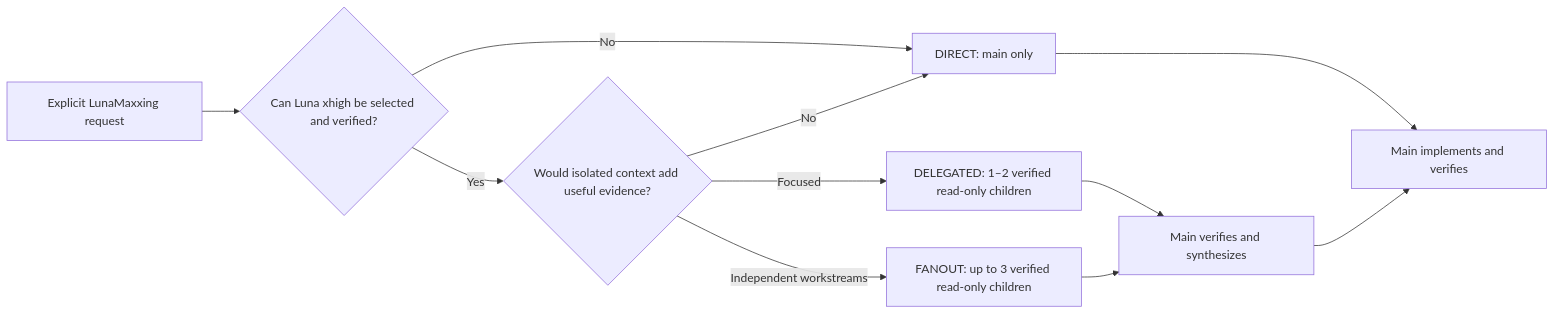
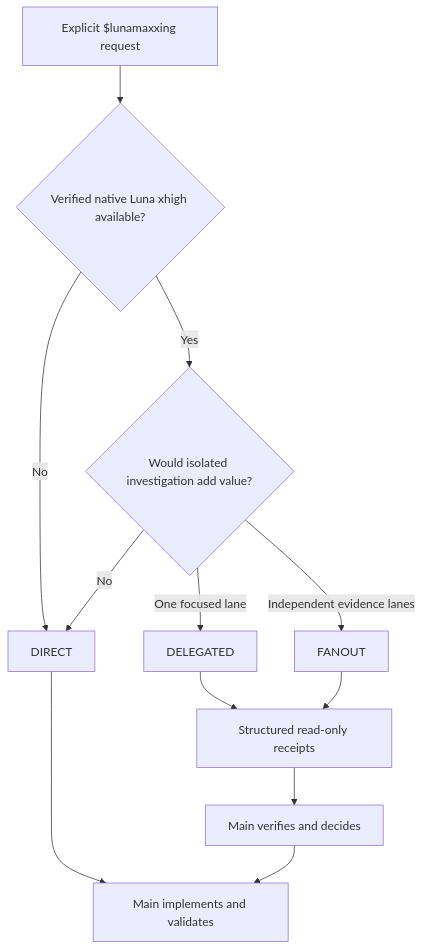
One commit to HakanBabus/LunaMaxxing changed the diagram in README.md. Above: the diagram before and after it, drawn with Mermaid. The commit also changed other lines of this file, not shown here.

````diff
--- a/README.md
+++ b/README.md
@@ -72,13 +70,14 @@
 ```mermaid
-flowchart LR
-    A["Explicit LunaMaxxing request"] --> B{"Can Luna xhigh be selected and verified?"}
-    B -->|No| C["DIRECT: main only"]
-    B -->|Yes| H{"Would isolated context add useful evidence?"}
-    H -->|No| C
-    H -->|Focused| D["DELEGATED: 1–2 verified read-only children"]
-    H -->|Independent workstreams| E["FANOUT: up to 3 verified read-only children"]
-    D --> F["Main verifies and synthesizes"]
-    E --> F
-    C --> G["Main implements and verifies"]
+flowchart TD
+    A["Explicit $lunamaxxing request"] --> B{"Verified native Luna xhigh available?"}
+    B -->|No| D["DIRECT"]
+    B -->|Yes| C{"Would isolated investigation add value?"}
+    C -->|No| D
+    C -->|One focused lane| E["DELEGATED"]
+    C -->|Independent evidence lanes| F["FANOUT"]
+    E --> G["Structured read-only receipts"]
     F --> G
+    G --> H["Main verifies and decides"]
+    D --> I["Main implements and validates"]
+    H --> I
 ```
````
